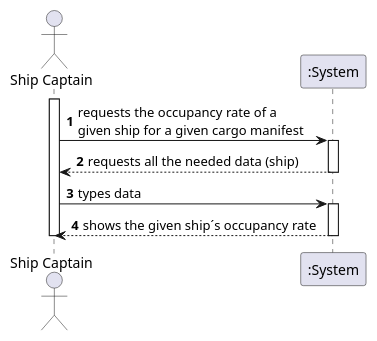
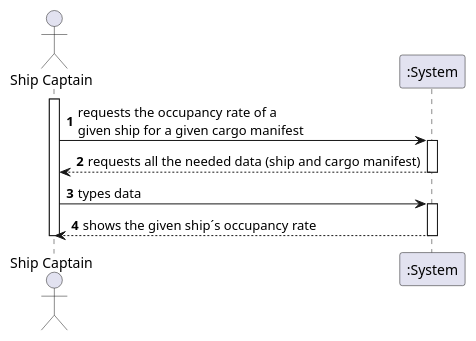
One commit to mpoboas/lapr3-2021-g102 changed the diagram in docs/Sprint2/US208/US208_SSD.puml. Above: the diagram before and after it, drawn with PlantUML. The commit also changed 3 other files, not shown here.

```diff
--- a/docs/Sprint2/US208/US208_SSD.puml
+++ b/docs/Sprint2/US208/US208_SSD.puml
@@ -1,16 +1,16 @@
 @startuml
 autonumber
 actor "Ship Captain" as SC
 
 activate SC
 SC -> ":System" : requests the occupancy rate of a\ngiven ship for a given cargo manifest
 activate ":System"
-":System" --> SC : requests all the needed data (ship)
+":System" --> SC : requests all the needed data (ship and cargo manifest)
 deactivate ":System"
 SC -> ":System" : types data
 activate ":System"
 ":System" --> SC : shows the given ship´s occupancy rate
 deactivate ":System"
 deactivate SC
 
 @enduml
```
